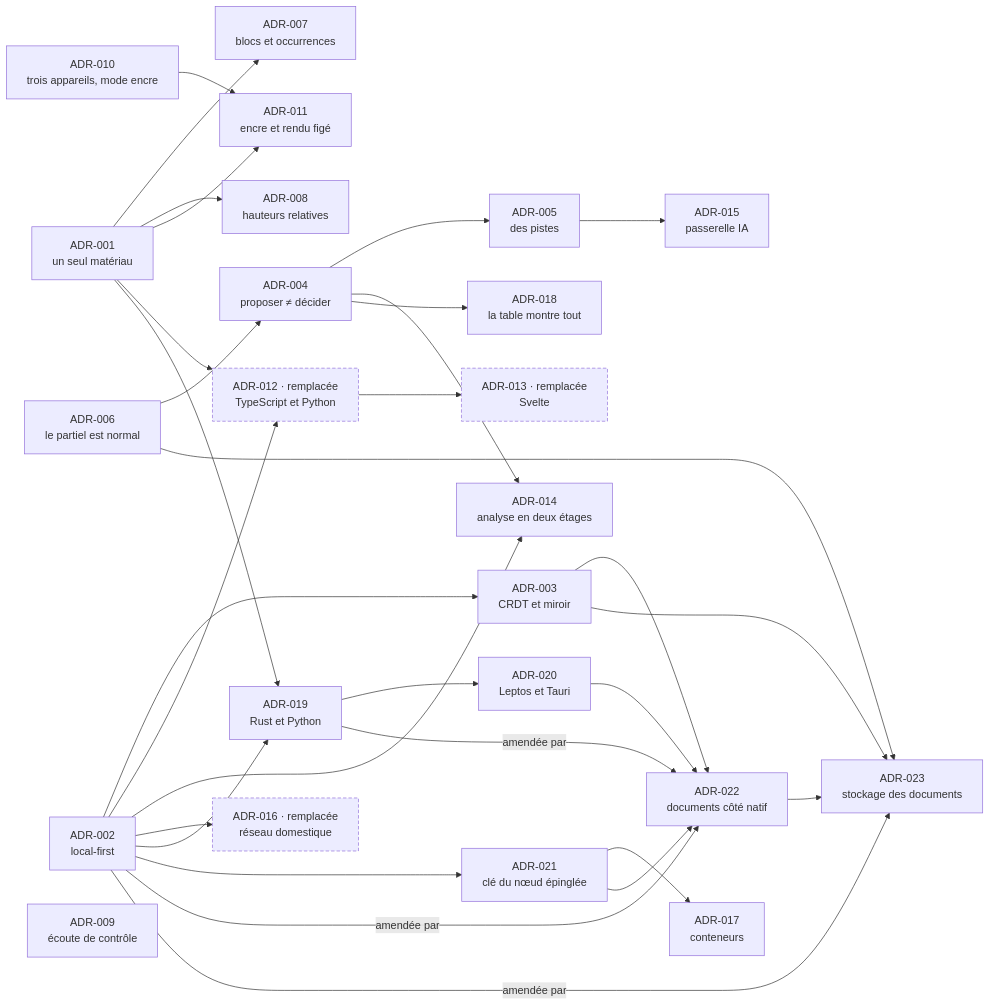
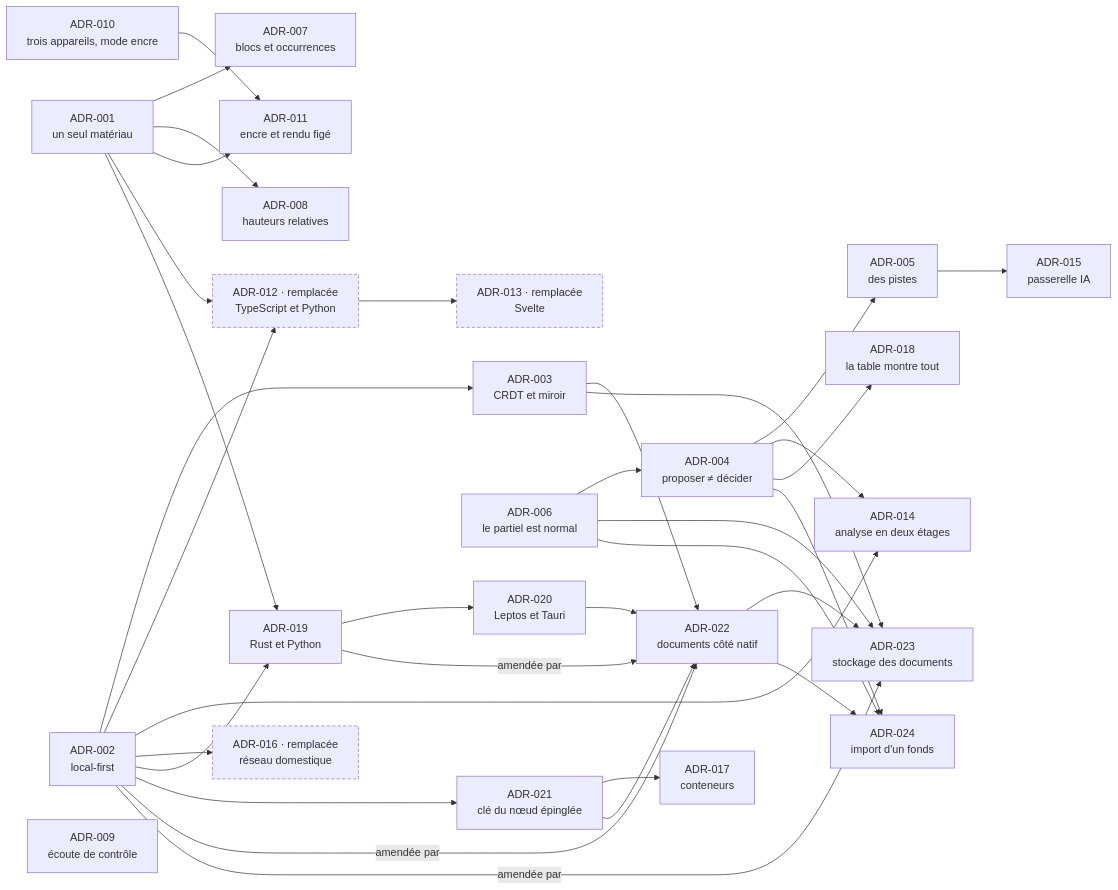
The diagram in docs/adr/README.md (EdouardZemb/pupitre), drawn with Mermaid before and after one commit. The commit also changed other lines of this file and 14 other files, not shown here.

First line of the commit message:
docs: l'import d'un fonds existant, prises en stems et origine déclarée (Q23, ADR-024) (#23)

````diff
--- a/docs/adr/README.md
+++ b/docs/adr/README.md
@@ -67,34 +68,37 @@
 ```mermaid
 flowchart LR
   classDef remplacee stroke-dasharray:5 3
   A1["ADR-001<br/>un seul matériau"] --> A7["ADR-007<br/>blocs et occurrences"]
   A1 --> A8["ADR-008<br/>hauteurs relatives"]
   A1 --> A11["ADR-011<br/>encre et rendu figé"]
   A1 --> A12["ADR-012 · remplacée<br/>TypeScript et Python"]:::remplacee
   A2["ADR-002<br/>local-first"] --> A3["ADR-003<br/>CRDT et miroir"]
   A2 --> A12
   A12 --> A13["ADR-013 · remplacée<br/>Svelte"]:::remplacee
   A2 --> A14["ADR-014<br/>analyse en deux étages"]
   A4["ADR-004<br/>proposer ≠ décider"] --> A5["ADR-005<br/>des pistes"]
   A4 --> A14
   A4 --> A18["ADR-018<br/>la table montre tout"]
   A5 --> A15["ADR-015<br/>passerelle IA"]
   A10["ADR-010<br/>trois appareils, mode encre"] --> A11
   A2 --> A16["ADR-016 · remplacée<br/>réseau domestique"]:::remplacee
   A6["ADR-006<br/>le partiel est normal"] --> A4
   A9["ADR-009<br/>écoute de contrôle"]
   A1 --> A19["ADR-019<br/>Rust et Python"]
   A2 --> A19
   A19 --> A20["ADR-020<br/>Leptos et Tauri"]
   A2 --> A21["ADR-021<br/>clé du nœud épinglée"]
   A21 --> A17["ADR-017<br/>conteneurs"]
   A2 -->|amendée par| A22["ADR-022<br/>documents côté natif"]
   A19 -->|amendée par| A22
   A3 --> A22
   A20 --> A22
   A21 --> A22
   A2 -->|amendée par| A23["ADR-023<br/>stockage des documents"]
   A3 --> A23
   A6 --> A23
   A22 --> A23
+  A4 --> A24["ADR-024<br/>import d'un fonds"]
+  A6 --> A24
+  A22 --> A24
 ```
````
